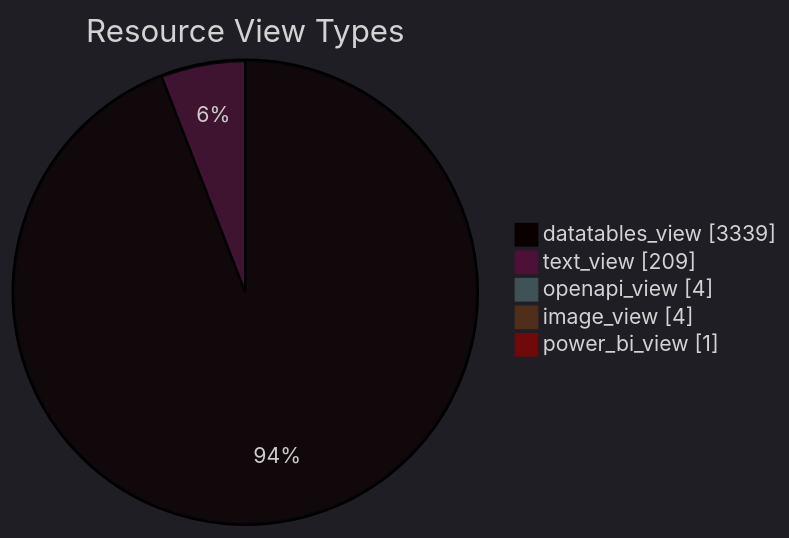
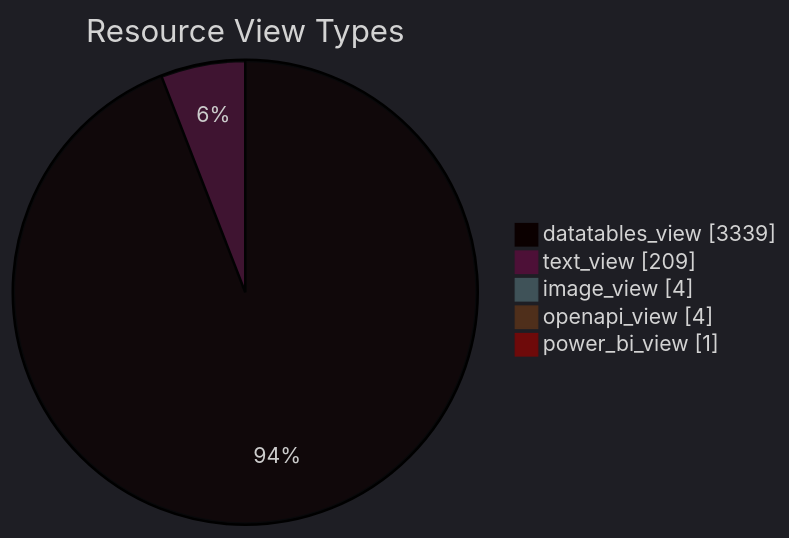
One commit to open-data/analytics-corporate-reporting changed the diagram in datastore_tracker/resource_view_types_pie_chart.md. Above: the diagram before and after it, drawn with Mermaid. The commit also changed other lines of this file and 8 other files, not shown here.

````diff
--- a/datastore_tracker/resource_view_types_pie_chart.md
+++ b/datastore_tracker/resource_view_types_pie_chart.md
@@ -2,12 +2,12 @@
 ```mermaid
 ---
 config:
   theme: dark
 ---
 pie showData title Resource View Types
     "datatables_view": 3339
     "text_view": 209
+    "image_view": 4
     "openapi_view": 4
-    "image_view": 4
     "power_bi_view": 1
 ```
````
